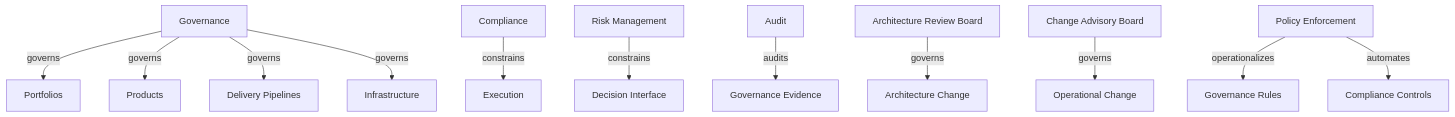
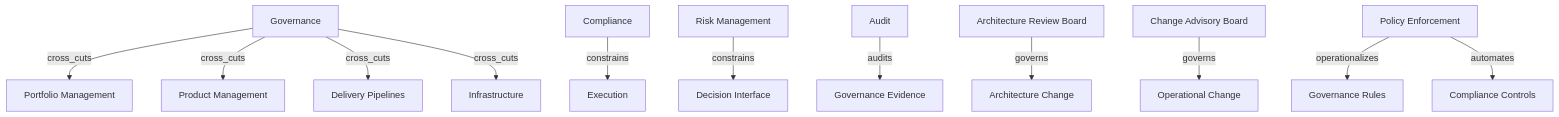
Before and after one commit to Luckden/Toolerp: the diagram in research/03-governance/governance-graph.md, drawn with Mermaid. The commit also changed other lines of this file and 15 other files, not shown here.

````diff
--- a/research/03-governance/governance-graph.md
+++ b/research/03-governance/governance-graph.md
@@ -91,33 +91,33 @@
 ```mermaid
 flowchart TD
 	governance[Governance]
-	portfolios[Portfolios]
-	products[Products]
+	portfolio_management[Portfolio Management]
+	product_management[Product Management]
 	delivery_pipelines[Delivery Pipelines]
 	infrastructure[Infrastructure]
 	compliance[Compliance]
 	execution[Execution]
 	risk_management[Risk Management]
 	decision_interface[Decision Interface]
 	audit[Audit]
 	governance_evidence[Governance Evidence]
 	arb[Architecture Review Board]
 	architecture_change[Architecture Change]
 	cab[Change Advisory Board]
 	operational_change[Operational Change]
 	policy_enforcement[Policy Enforcement]
 	governance_rules[Governance Rules]
 	compliance_controls[Compliance Controls]
 
-	governance -->|governs| portfolios
-	governance -->|governs| products
-	governance -->|governs| delivery_pipelines
-	governance -->|governs| infrastructure
+	governance -->|cross_cuts| portfolio_management
+	governance -->|cross_cuts| product_management
+	governance -->|cross_cuts| delivery_pipelines
+	governance -->|cross_cuts| infrastructure
 	compliance -->|constrains| execution
 	risk_management -->|constrains| decision_interface
 	audit -->|audits| governance_evidence
 	arb -->|governs| architecture_change
 	cab -->|governs| operational_change
 	policy_enforcement -->|operationalizes| governance_rules
 	policy_enforcement -->|automates| compliance_controls
 ```
````
